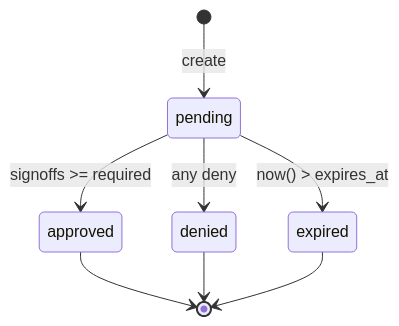
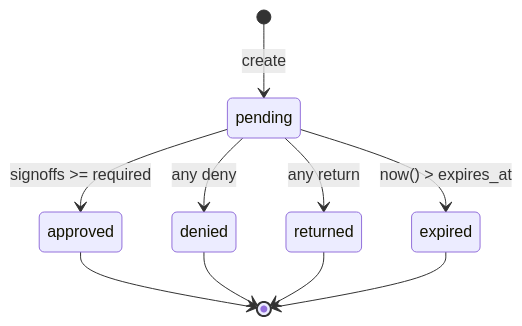
Before and after one commit to sarkar4777/abenix: the second of 3 diagrams in docs/02-runtime/05-approvals-hitl.md, drawn with Mermaid. The commit also changed other lines of this file and 375 other files, not shown here.

````diff
--- a/docs/02-runtime/05-approvals-hitl.md
+++ b/docs/02-runtime/05-approvals-hitl.md
@@ -72,10 +72,12 @@
 ```mermaid
 stateDiagram-v2
   [*] --> pending: create
   pending --> approved: signoffs >= required
   pending --> denied: any deny
+  pending --> returned: any return
   pending --> expired: now() > expires_at
   approved --> [*]
   denied --> [*]
+  returned --> [*]
   expired --> [*]
 ```
````
